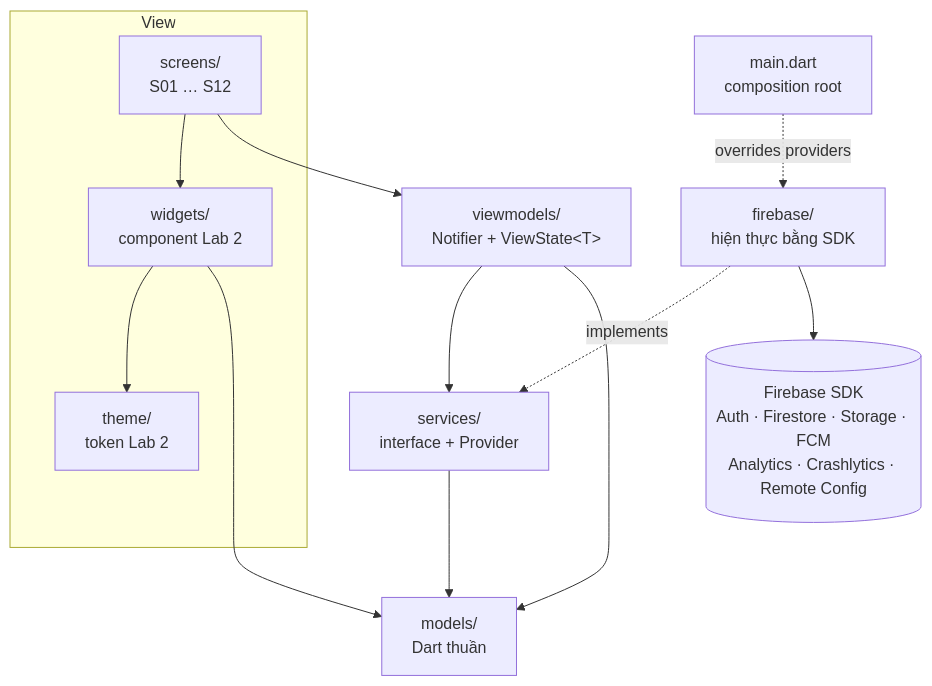
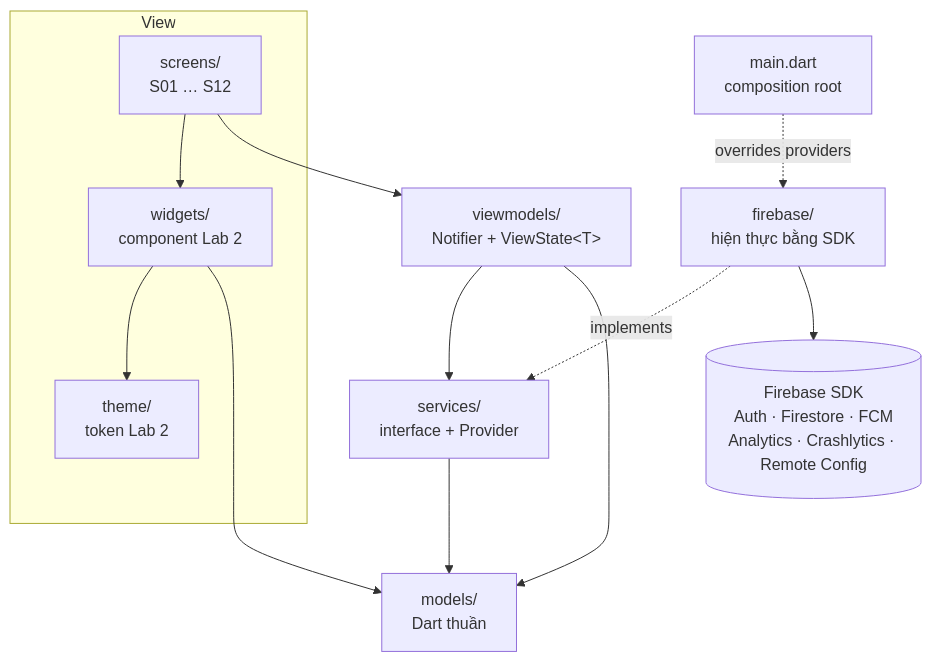
The first of 2 diagrams in docs/architecture.md (FU-PRM-Projects/Lab-03), drawn with Mermaid before and after one commit. The commit also changed other lines of this file and 24 other files, not shown here.

````diff
--- a/docs/architecture.md
+++ b/docs/architecture.md
@@ -53,24 +53,24 @@
 ```mermaid
 flowchart TD
   subgraph View
     SCR["screens/<br/>S01 … S12"]
     WID["widgets/<br/>component Lab 2"]
     TH["theme/<br/>token Lab 2"]
   end
   VM["viewmodels/<br/>Notifier + ViewState&lt;T&gt;"]
   SV["services/<br/>interface + Provider"]
   FB["firebase/<br/>hiện thực bằng SDK"]
   MD["models/<br/>Dart thuần"]
-  SDK[("Firebase SDK<br/>Auth · Firestore · Storage · FCM<br/>Analytics · Crashlytics · Remote Config")]
+  SDK[("Firebase SDK<br/>Auth · Firestore · FCM<br/>Analytics · Crashlytics · Remote Config")]
   MAIN["main.dart<br/>composition root"]
 
   SCR --> WID --> TH
   SCR --> VM
   VM --> SV
   FB -. implements .-> SV
   FB --> SDK
   SV --> MD
   VM --> MD
   WID --> MD
   MAIN -. overrides providers .-> FB
 ```
````
